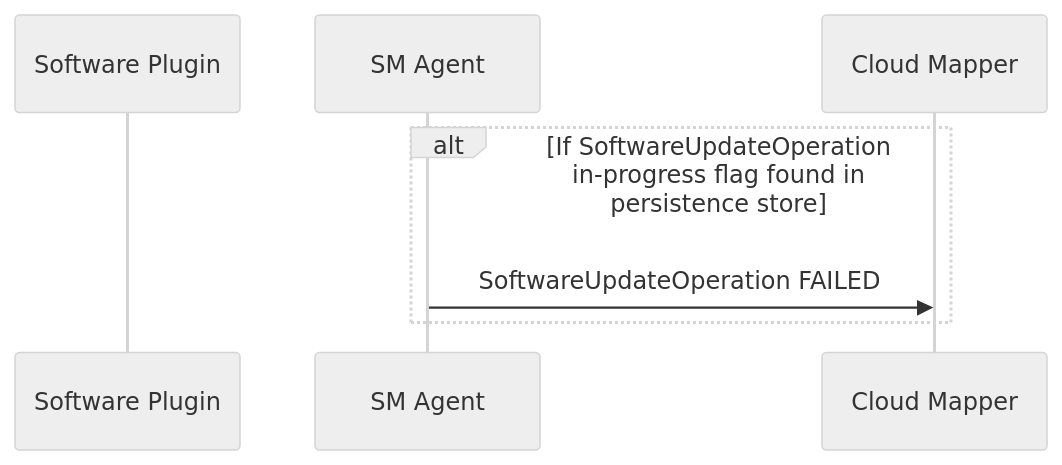
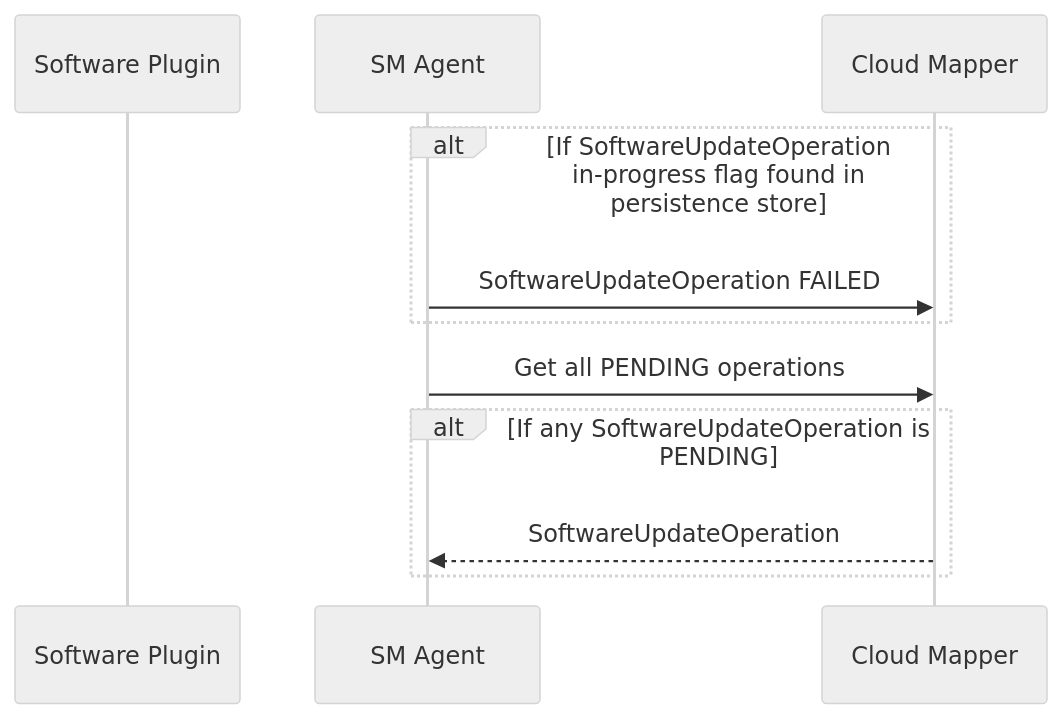
One commit to thin-edge/thin-edge.io-specs changed the first of 3 diagrams in src/software-management/sm-agent.md. Above: the diagram before and after it, drawn with Mermaid (neutral theme). The commit also changed other lines of this file, not shown here.

Commit message:
Request to get all PENDING requests from mapper

````diff
--- a/src/software-management/sm-agent.md
+++ b/src/software-management/sm-agent.md
@@ -5,9 +5,15 @@
 ```mermaid
 sequenceDiagram
     participant Software Plugin
     participant SM Agent
     participant Cloud Mapper
     alt If SoftwareUpdateOperation in-progress flag found in persistence store
         SM Agent->>Cloud Mapper: SoftwareUpdateOperation FAILED
     end
+
+    SM Agent->>Cloud Mapper: Get all PENDING operations
+    alt If any SoftwareUpdateOperation is PENDING
+        Cloud Mapper-->>SM Agent: SoftwareUpdateOperation
+    end
+
 ```
````
